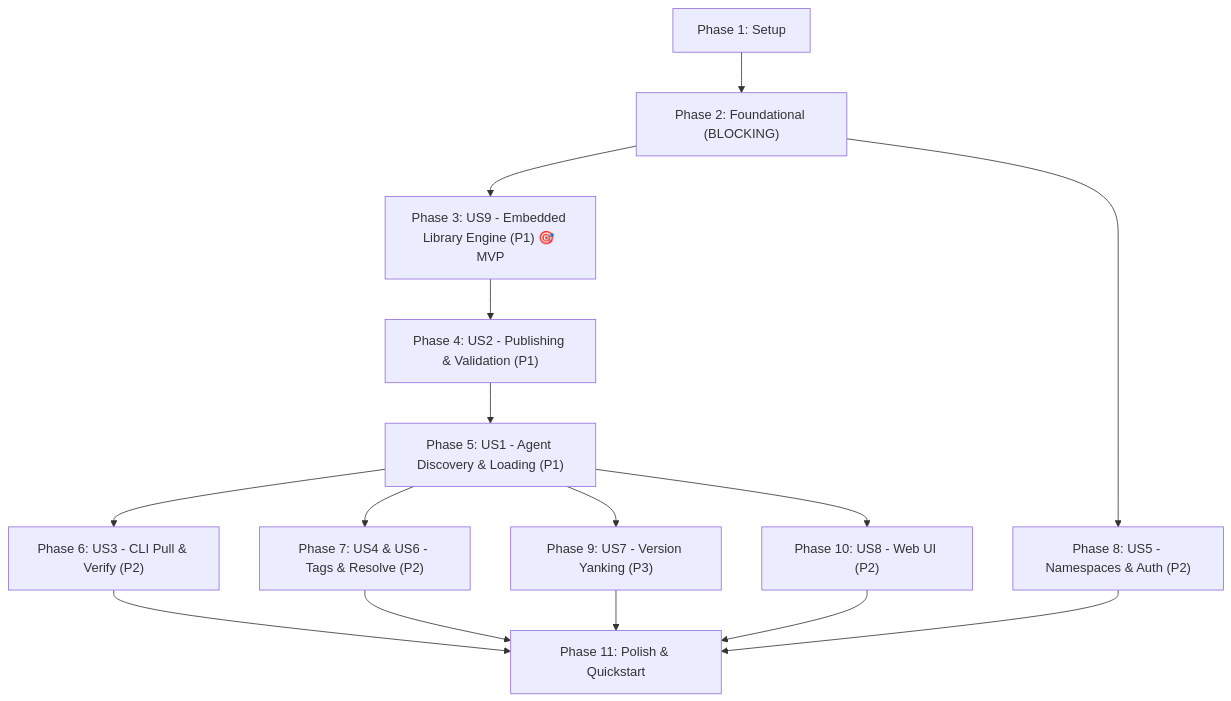
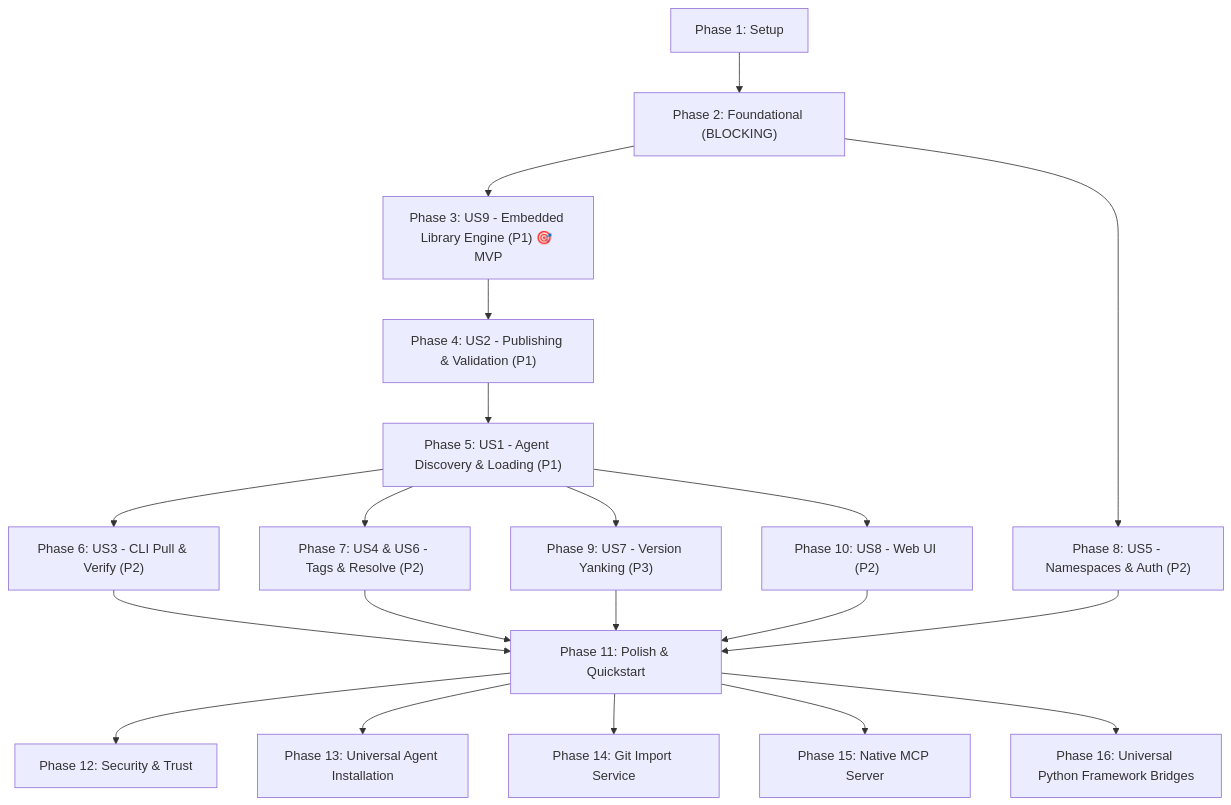
The diagram in specs/001-open-skill-registry/tasks.md (tech-artist92/open-skill-registry), drawn with Mermaid before and after one commit. The commit also changed other lines of this file and 13 other files, not shown here.

Commit message:
feat(spec): add MCP SEP-2640, universal installer, security scanner, and git import

````diff
--- a/specs/001-open-skill-registry/tasks.md
+++ b/specs/001-open-skill-registry/tasks.md
@@ -223,13 +275,18 @@
 ```mermaid
 flowchart TD
     P1["Phase 1: Setup"] --> P2["Phase 2: Foundational (BLOCKING)"]
     P2 --> P3["Phase 3: US9 - Embedded Library Engine (P1) 🎯 MVP"]
     P3 --> P4["Phase 4: US2 - Publishing & Validation (P1)"]
     P4 --> P5["Phase 5: US1 - Agent Discovery & Loading (P1)"]
     P5 --> P6["Phase 6: US3 - CLI Pull & Verify (P2)"]
     P5 --> P7["Phase 7: US4 & US6 - Tags & Resolve (P2)"]
     P2 --> P8["Phase 8: US5 - Namespaces & Auth (P2)"]
     P5 --> P9["Phase 9: US7 - Version Yanking (P3)"]
     P5 --> P10["Phase 10: US8 - Web UI (P2)"]
     P6 & P7 & P8 & P9 & P10 --> P11["Phase 11: Polish & Quickstart"]
+    P11 --> P12["Phase 12: Security & Trust"]
+    P11 --> P13["Phase 13: Universal Agent Installation"]
+    P11 --> P14["Phase 14: Git Import Service"]
+    P11 --> P15["Phase 15: Native MCP Server"]
+    P11 --> P16["Phase 16: Universal Python Framework Bridges"]
 ```
````
